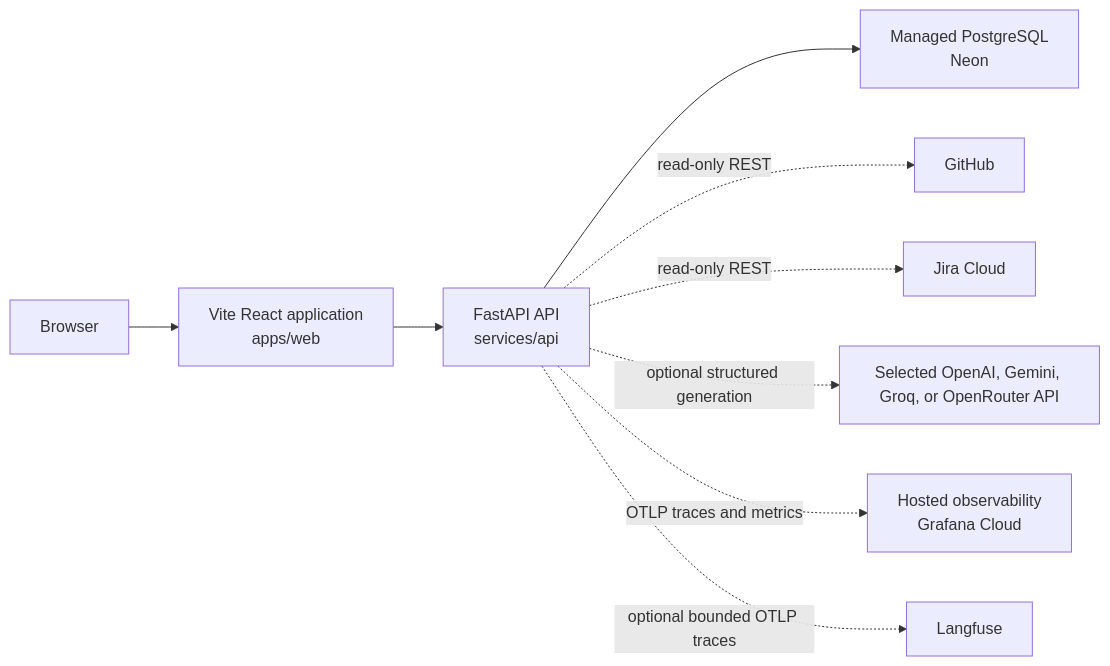
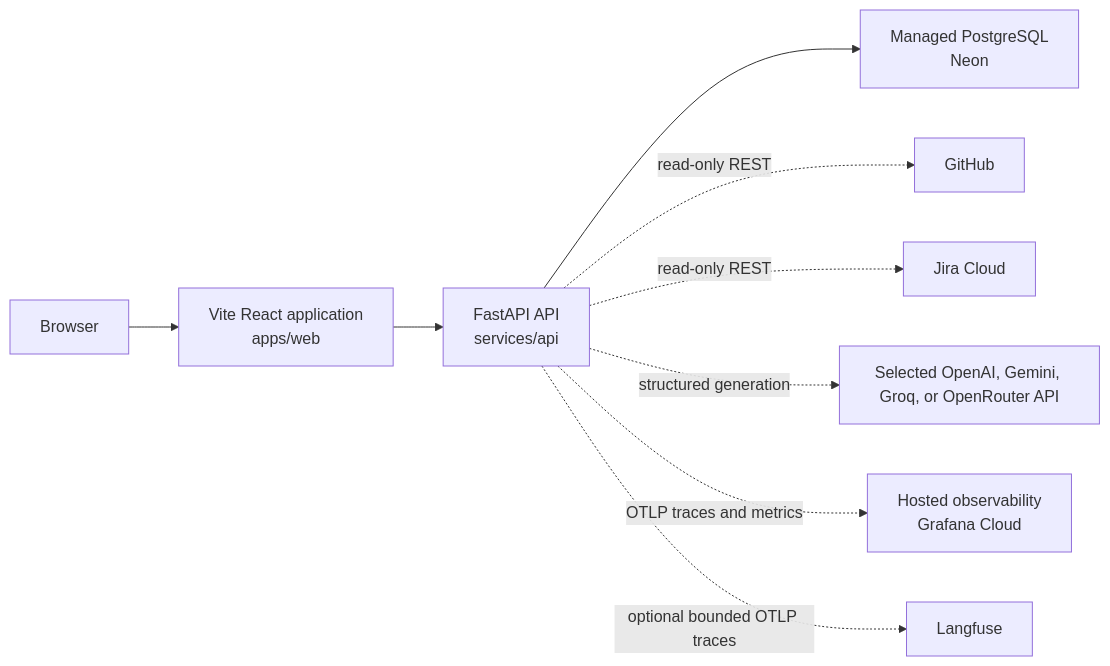
Before and after one commit to banalasaisathwik/promptql: the diagram in docs/ARCHITECTURE.md, drawn with Mermaid. The commit also changed other lines of this file, not shown here.

Commit message:
docs: rewrite ARCHITECTURE.md as current-state reference (2329->1104 lines)

````diff
--- a/docs/ARCHITECTURE.md
+++ b/docs/ARCHITECTURE.md
@@ -5,11 +18,11 @@
 ```mermaid
 flowchart LR
     Browser --> Web["Vite React application<br/>apps/web"]
     Web --> API["FastAPI API<br/>services/api"]
     API --> PostgreSQL["Managed PostgreSQL<br/>Neon"]
     API -. "read-only REST" .-> GitHub["GitHub"]
     API -. "read-only REST" .-> Jira["Jira Cloud"]
-    API -. "optional structured generation" .-> LLM["Selected OpenAI, Gemini, Groq, or OpenRouter API"]
+    API -. "structured generation" .-> LLM["Selected OpenAI, Gemini, Groq, or OpenRouter API"]
     API -. "OTLP traces and metrics" .-> Observability["Hosted observability<br/>Grafana Cloud"]
     API -. "optional bounded OTLP traces" .-> Langfuse["Langfuse"]
 ```
````
